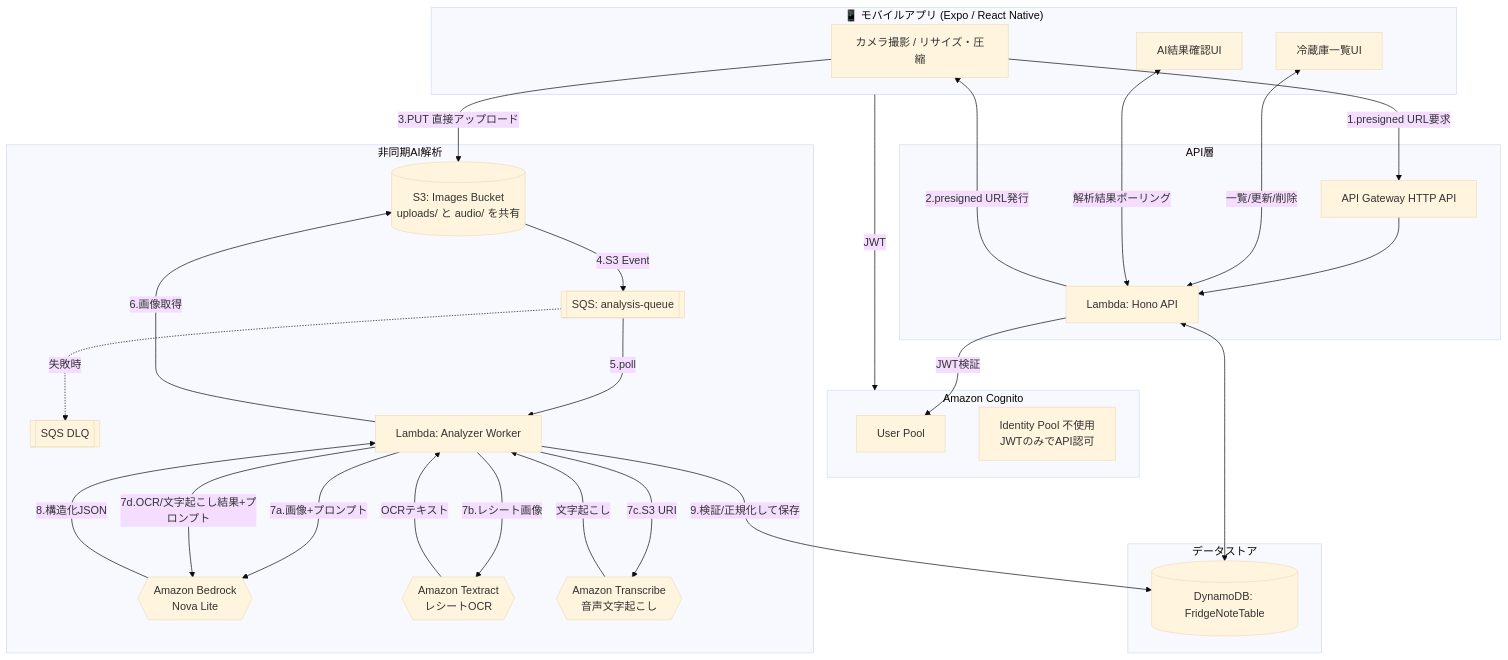
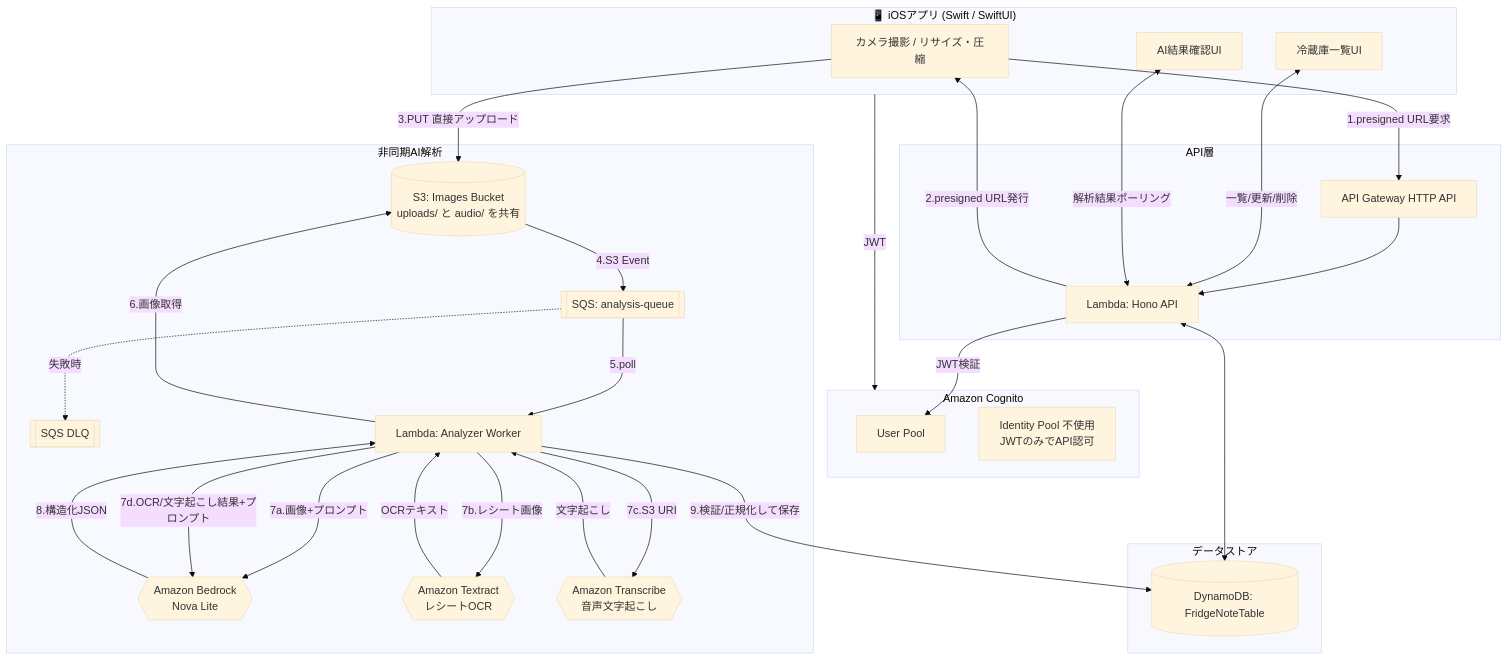
One commit to MiyazakiSora1234/FridgeNote changed the diagram in docs/architecture.md. Above: the diagram before and after it, drawn with Mermaid (base theme). The commit also changed other lines of this file and 90 other files, not shown here.

First line of the commit message:
Migrate mobile app from Expo/React Native to native Swift (SwiftUI)

````diff
--- a/docs/architecture.md
+++ b/docs/architecture.md
@@ -17,54 +17,54 @@
 ```mermaid
 flowchart TB
-    subgraph Client["📱 モバイルアプリ (Expo / React Native)"]
+    subgraph Client["📱 iOSアプリ (Swift / SwiftUI)"]
         A1[カメラ撮影 / リサイズ・圧縮]
         A2[冷蔵庫一覧UI]
         A3[AI結果確認UI]
     end
 
     subgraph Auth["Amazon Cognito"]
         C1[User Pool]
         C2[Identity Pool 不使用<br/>JWTのみでAPI認可]
     end
 
     subgraph API["API層"]
         G1[API Gateway HTTP API]
         L1[Lambda: Hono API]
     end
 
     subgraph Async["非同期AI解析"]
         S1[(S3: Images Bucket<br/>uploads/ と audio/ を共有)]
         Q1[[SQS: analysis-queue]]
         DLQ[[SQS DLQ]]
         L2[Lambda: Analyzer Worker]
         B1{{Amazon Bedrock<br/>Nova Lite}}
         T1{{Amazon Textract<br/>レシートOCR}}
         T2{{Amazon Transcribe<br/>音声文字起こし}}
     end
 
     subgraph Data["データストア"]
         D1[(DynamoDB: FridgeNoteTable)]
     end
 
     A1 -- 1.presigned URL要求 --> G1
     G1 --> L1
     L1 -- 2.presigned URL発行 --> A1
     A1 -- 3.PUT 直接アップロード --> S1
     S1 -- 4.S3 Event --> Q1
     Q1 -- 5.poll --> L2
     Q1 -.失敗時.-> DLQ
     L2 -- 6.画像取得 --> S1
     L2 -- 7a.画像+プロンプト --> B1
     L2 -- 7b.レシート画像 --> T1
     L2 -- 7c.S3 URI --> T2
     T1 -- OCRテキスト --> L2
     T2 -- 文字起こし --> L2
     L2 -- 7d.OCR/文字起こし結果+プロンプト --> B1
     B1 -- 8.構造化JSON --> L2
     L2 -- 9.検証/正規化して保存 --> D1
     A2 <-- 一覧/更新/削除 --> L1
     A3 <-- 解析結果ポーリング --> L1
     L1 <--> D1
     Client -- JWT --> Auth
     L1 -- JWT検証 --> C1
 ```
````
